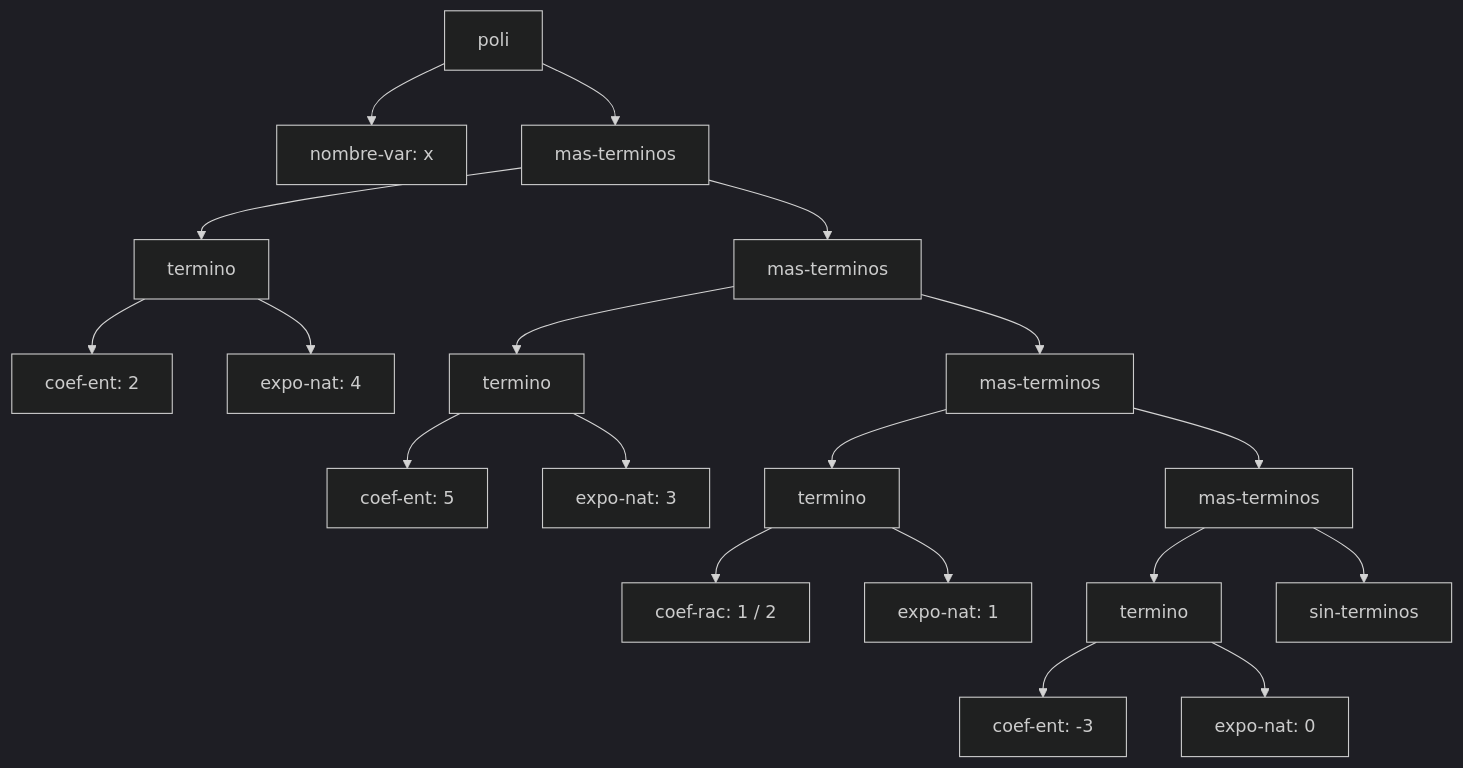
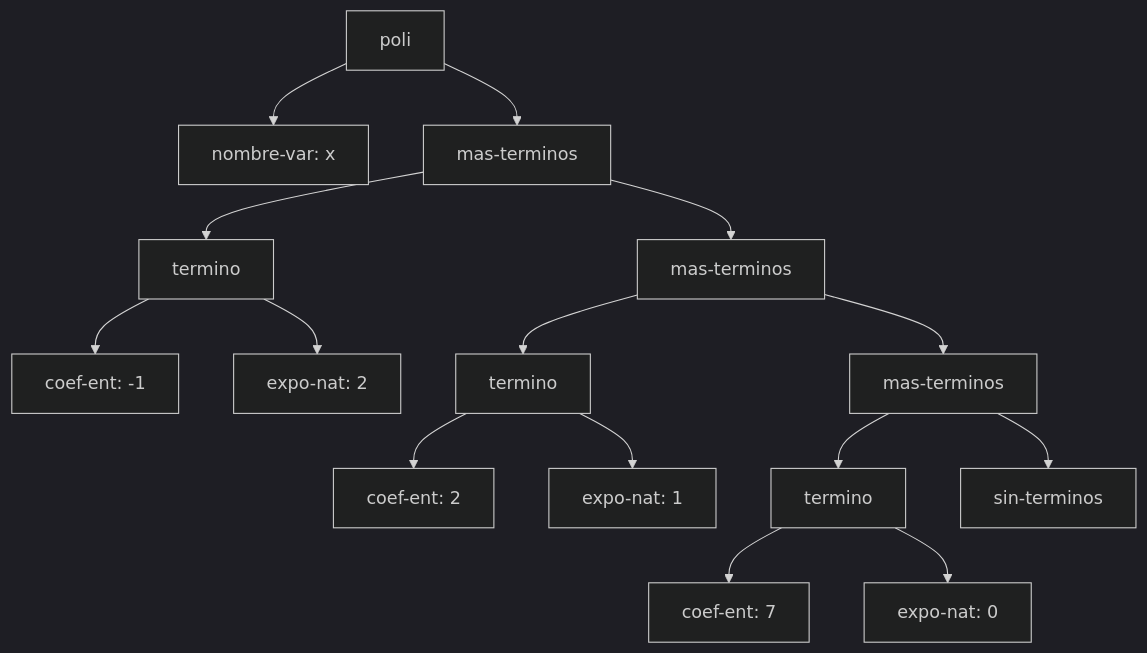
Before and after one commit to NicolleHoyosUV/flp-2026-2-taller-01-polinomios: the fourth of 4 diagrams in docs/informe-ast.md, drawn with Mermaid (dark theme). The commit also changed other lines of this file and 5 other files, not shown here.

````diff
--- a/docs/informe-ast.md
+++ b/docs/informe-ast.md
@@ -196,22 +183,18 @@
 ```mermaid
 graph TD
   A[poli]
   A --> B[nombre-var: x]
   A --> C[mas-terminos]
   C --> D[termino]
-  D --> E[coef-ent: 2]
-  D --> F[expo-nat: 4]
+  D --> E[coef-ent: -1]
+  D --> F[expo-nat: 2]
   C --> G[mas-terminos]
   G --> H[termino]
-  H --> I[coef-ent: 5]
-  H --> J[expo-nat: 3]
+  H --> I[coef-ent: 2]
+  H --> J[expo-nat: 1]
   G --> K[mas-terminos]
   K --> L[termino]
-  L --> M[coef-rac: 1 / 2]
-  L --> N[expo-nat: 1]
-  K --> O[mas-terminos]
-  O --> P[termino]
-  P --> Q[coef-ent: -3]
-  P --> R[expo-nat: 0]
-  O --> S[sin-terminos]
+  L --> M[coef-ent: 7]
+  L --> N[expo-nat: 0]
+  K --> O[sin-terminos]
 ```
````
